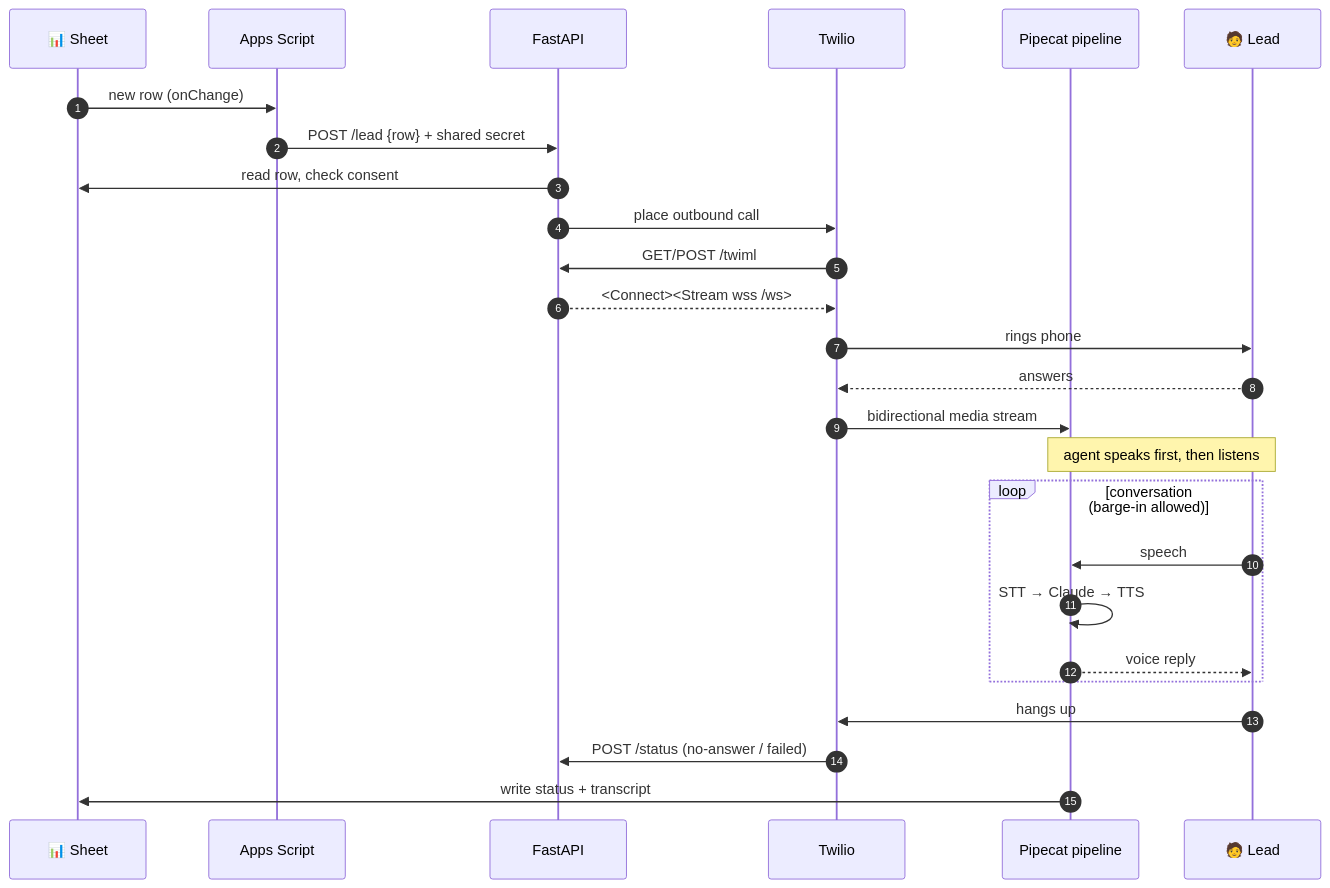
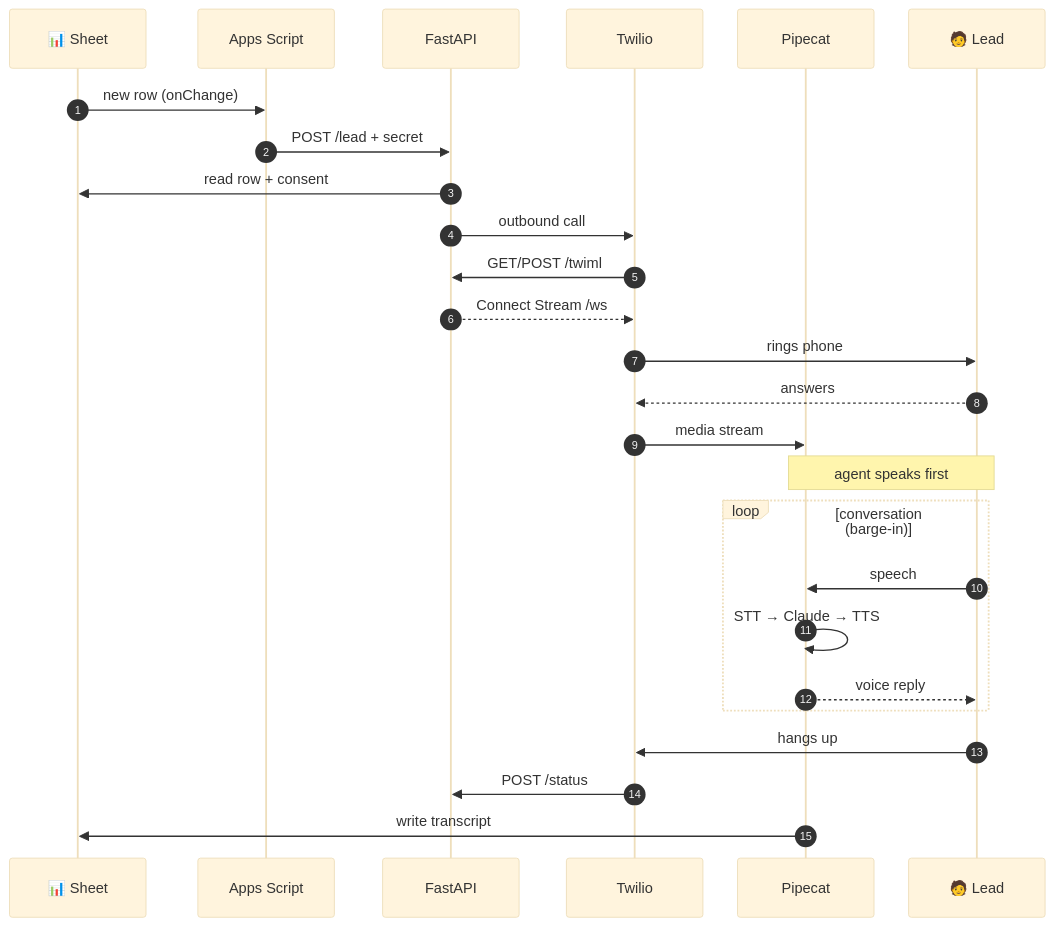
The second of 3 diagrams in README.md (zhang-liz/OpenLine), drawn with Mermaid before and after one commit. The commit also changed other lines of this file, not shown here.

Commit message:
Polish README Mermaid diagrams, drop plain-text fallbacks

````diff
--- a/README.md
+++ b/README.md
@@ -87,29 +71,30 @@
 ```mermaid
+%%{init: {'theme':'base', 'sequence': {'actorFontSize': 18, 'messageFontSize': 16, 'noteFontSize': 16, 'actorMargin': 38, 'boxMargin': 12, 'bottomMarginAdj': 25, 'mirrorActors': true}}}%%
 sequenceDiagram
     autonumber
     participant S as 📊 Sheet
     participant AS as Apps Script
     participant API as FastAPI
     participant TW as Twilio
-    participant P as Pipecat pipeline
+    participant P as Pipecat
     participant L as 🧑 Lead
 
     S->>AS: new row (onChange)
-    AS->>API: POST /lead {row}  + shared secret
-    API->>S: read row, check consent
-    API->>TW: place outbound call
+    AS->>API: POST /lead + secret
+    API->>S: read row + consent
+    API->>TW: outbound call
     TW->>API: GET/POST /twiml
-    API-->>TW: <Connect><Stream wss /ws>
+    API-->>TW: Connect Stream /ws
     TW->>L: rings phone
     L-->>TW: answers
-    TW->>P: bidirectional media stream
-    Note over P,L: agent speaks first, then listens
-    loop conversation (barge-in allowed)
+    TW->>P: media stream
+    Note over P,L: agent speaks first
+    loop conversation (barge-in)
         L->>P: speech
         P->>P: STT → Claude → TTS
         P-->>L: voice reply
     end
     L->>TW: hangs up
-    TW->>API: POST /status (no-answer / failed)
-    P->>S: write status + transcript
+    TW->>API: POST /status
+    P->>S: write transcript
 ```
````
